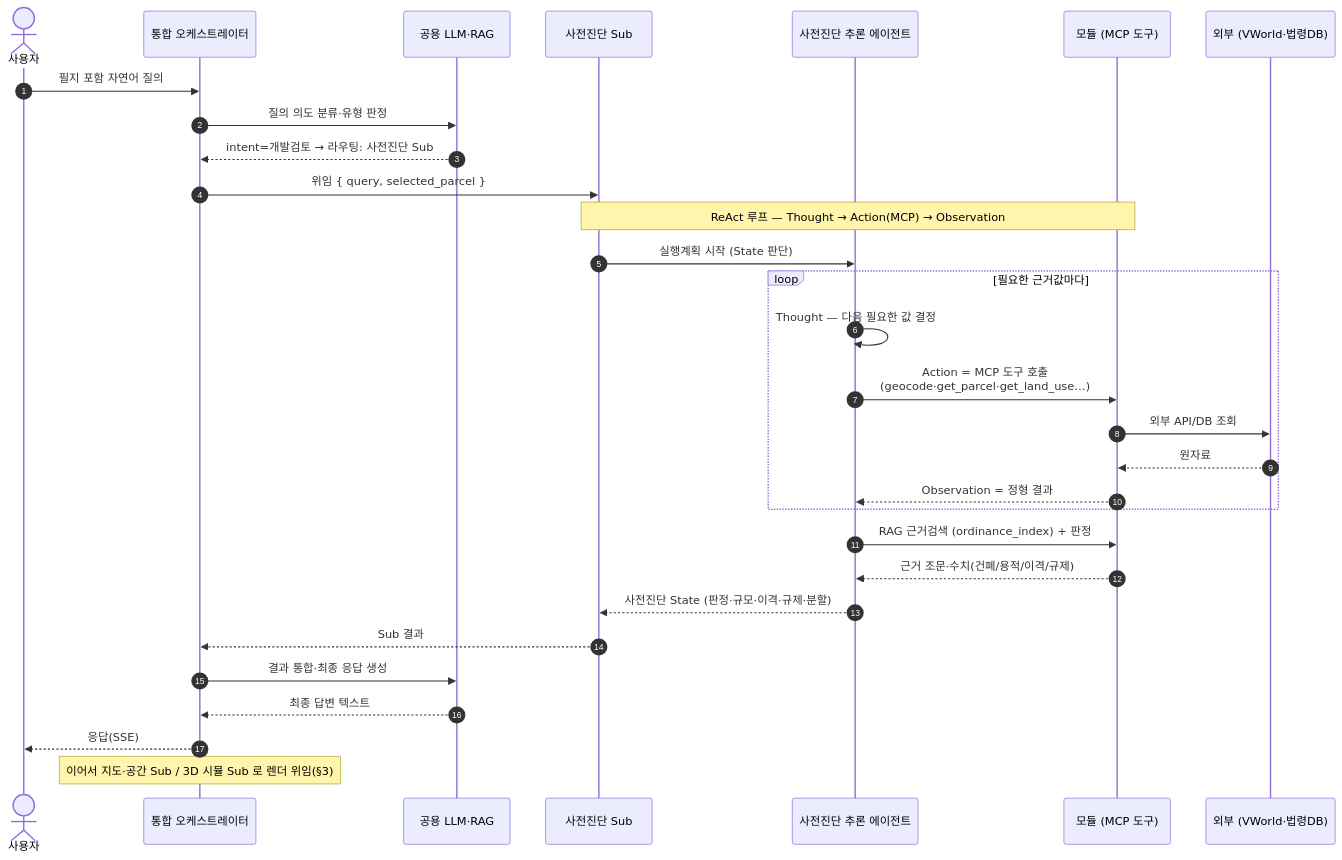
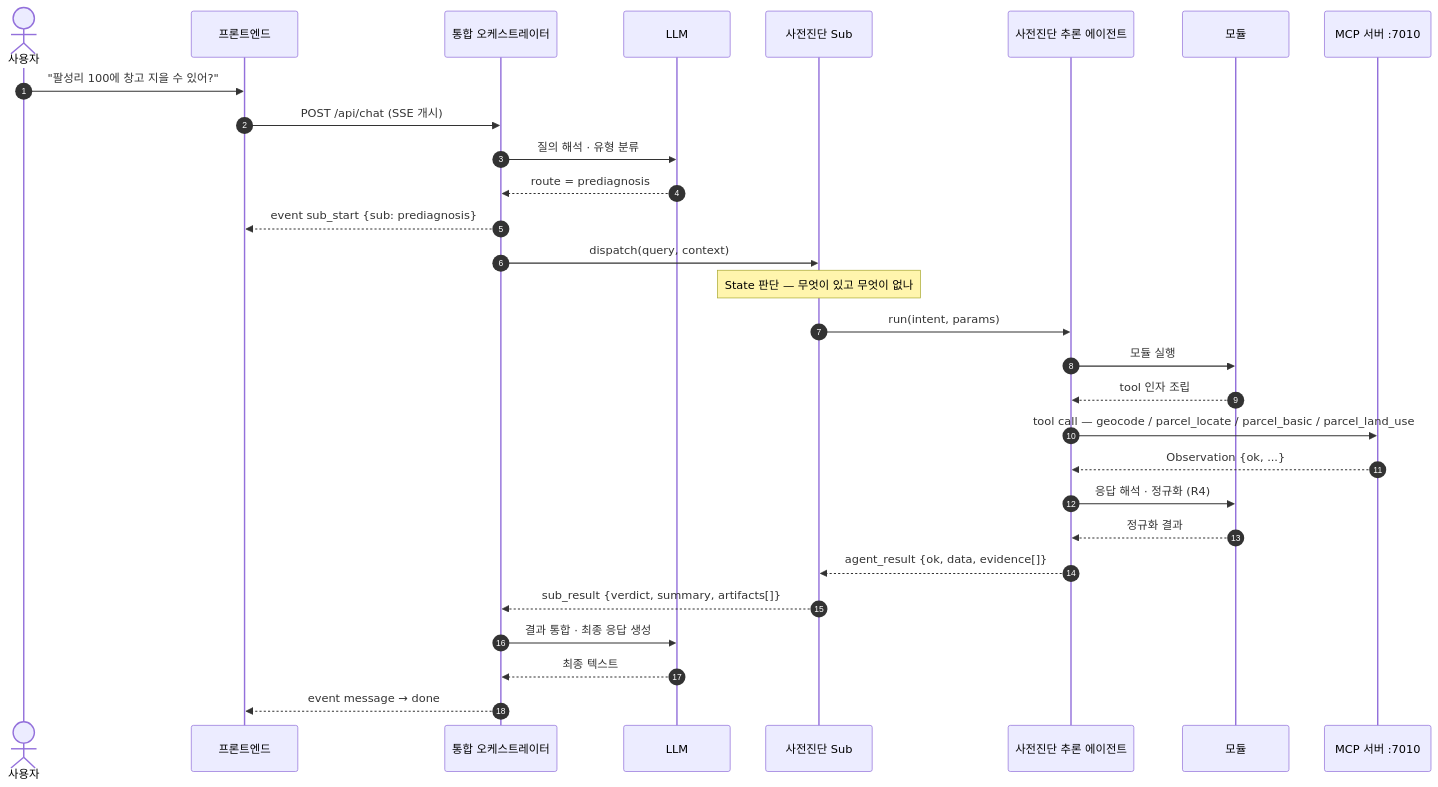
One commit to madlrengg100/permit-copilot changed the third of 14 diagrams in docs/MCP-AGENT-SEQUENCE.md. Above: the diagram before and after it, drawn with Mermaid. The commit also changed other lines of this file, not shown here.

First line of the commit message:
Add MCP 4-layer agent call sequence design doc

````diff
--- a/docs/MCP-AGENT-SEQUENCE.md
+++ b/docs/MCP-AGENT-SEQUENCE.md
@@ -36,35 +235,38 @@
 ```mermaid
 sequenceDiagram
     autonumber
     actor U as 사용자
-    participant IO as 통합 오케스트레이터
-    participant LR as 공용 LLM·RAG
+    participant FE as 프론트엔드
+    participant MO as 통합 오케스트레이터
+    participant L as LLM
     participant SO as 사전진단 Sub
     participant AG as 사전진단 추론 에이전트
-    participant MOD as 모듈 (MCP 도구)
-    participant EXT as 외부 (VWorld·법령DB)
+    participant MD as 모듈
+    participant MCP as MCP 서버 :7010
 
-    U->>IO: 필지 포함 자연어 질의
-    IO->>LR: 질의 의도 분류·유형 판정
-    LR-->>IO: intent=개발검토 → 라우팅: 사전진단 Sub
-    IO->>SO: 위임 { query, selected_parcel }
+    U->>FE: "팔성리 100에 창고 지을 수 있어?"
+    FE->>MO: POST /api/chat (SSE 개시)
 
-    Note over SO,MOD: ReAct 루프 — Thought → Action(MCP) → Observation
-    SO->>AG: 실행계획 시작 (State 판단)
-    loop 필요한 근거값마다
-        AG->>AG: Thought — 다음 필요한 값 결정
-        AG->>MOD: Action = MCP 도구 호출<br/>(geocode·get_parcel·get_land_use…)
-        MOD->>EXT: 외부 API/DB 조회
-        EXT-->>MOD: 원자료
-        MOD-->>AG: Observation = 정형 결과
-    end
-    AG->>MOD: RAG 근거검색 (ordinance_index) + 판정
-    MOD-->>AG: 근거 조문·수치(건폐/용적/이격/규제)
-    AG-->>SO: 사전진단 State (판정·규모·이격·규제·분할)
-    SO-->>IO: Sub 결과
+    MO->>L: 질의 해석 · 유형 분류
+    L-->>MO: route = prediagnosis
+    MO-->>FE: event sub_start {sub: prediagnosis}
 
-    IO->>LR: 결과 통합·최종 응답 생성
-    LR-->>IO: 최종 답변 텍스트
-    IO-->>U: 응답(SSE)
-    Note over IO: 이어서 지도·공간 Sub / 3D 시뮬 Sub 로 렌더 위임(§3)
+    MO->>SO: dispatch(query, context)
+    Note over SO: State 판단 — 무엇이 있고 무엇이 없나
+
+    SO->>AG: run(intent, params)
+
+    AG->>MD: 모듈 실행
+    MD-->>AG: tool 인자 조립
+    AG->>MCP: tool call — geocode / parcel_locate / parcel_basic / parcel_land_use
+    MCP-->>AG: Observation {ok, ...}
+    AG->>MD: 응답 해석 · 정규화 (R4)
+    MD-->>AG: 정규화 결과
+
+    AG-->>SO: agent_result {ok, data, evidence[]}
+    SO-->>MO: sub_result {verdict, summary, artifacts[]}
+
+    MO->>L: 결과 통합 · 최종 응답 생성
+    L-->>MO: 최종 텍스트
+    MO-->>FE: event message → done
 ```
````
